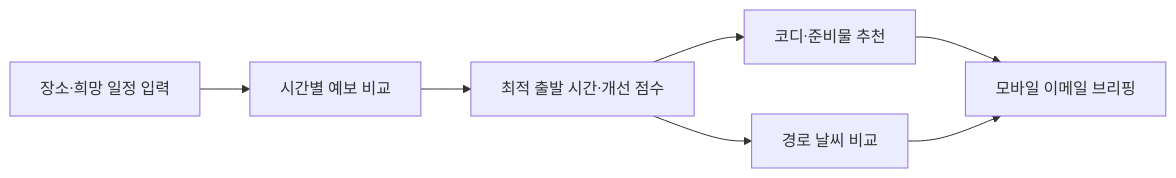
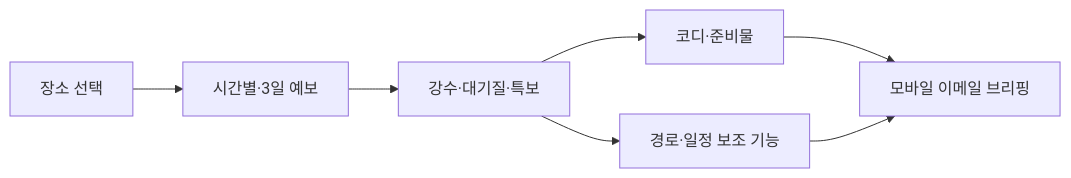
One commit to boclair98/Weather changed the first of 2 diagrams in README.md. Above: the diagram before and after it, drawn with Mermaid. The commit also changed other lines of this file and 5 other files, not shown here.

````diff
--- a/README.md
+++ b/README.md
@@ -50,9 +48,9 @@
 ```mermaid
 flowchart LR
-    A["장소·희망 일정 입력"] --> B["시간별 예보 비교"]
-    B --> C["최적 출발 시간·개선 점수"]
-    C --> D["코디·준비물 추천"]
-    C --> E["경로 날씨 비교"]
+    A["장소 선택"] --> B["시간별·3일 예보"]
+    B --> C["강수·대기질·특보"]
+    C --> D["코디·준비물"]
+    C --> E["경로·일정 보조 기능"]
     D --> F["모바일 이메일 브리핑"]
     E --> F
 ```
````
